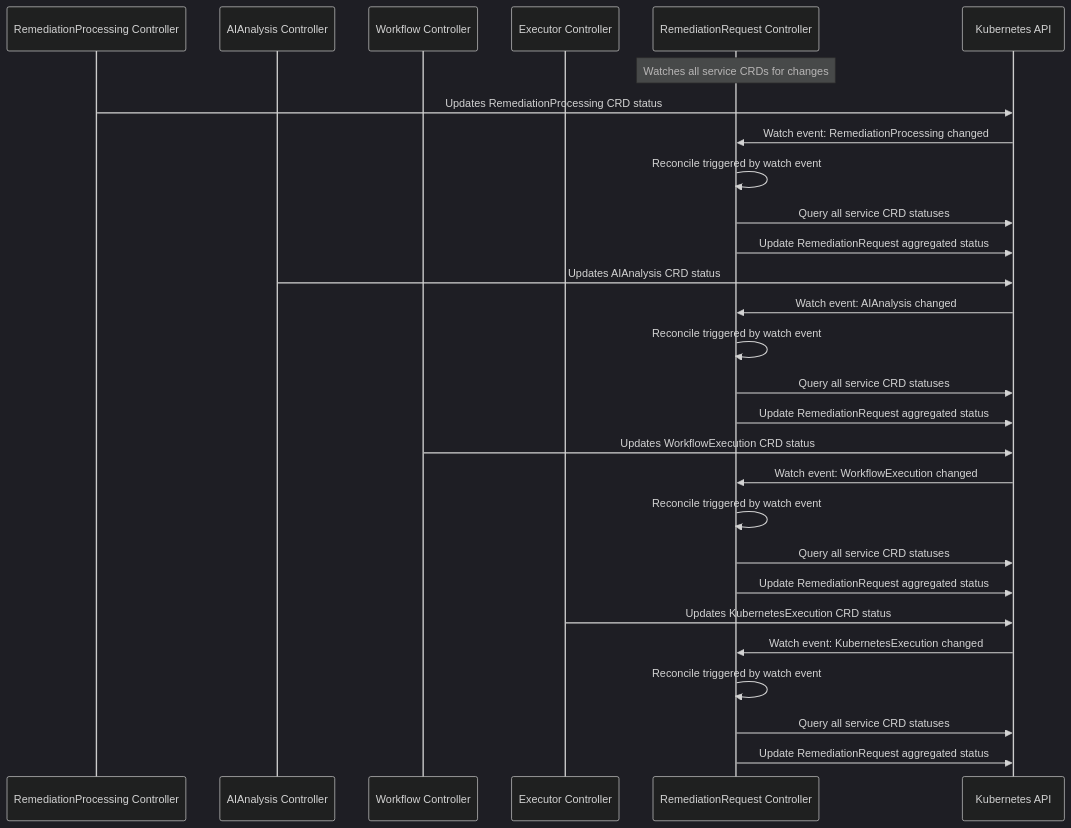
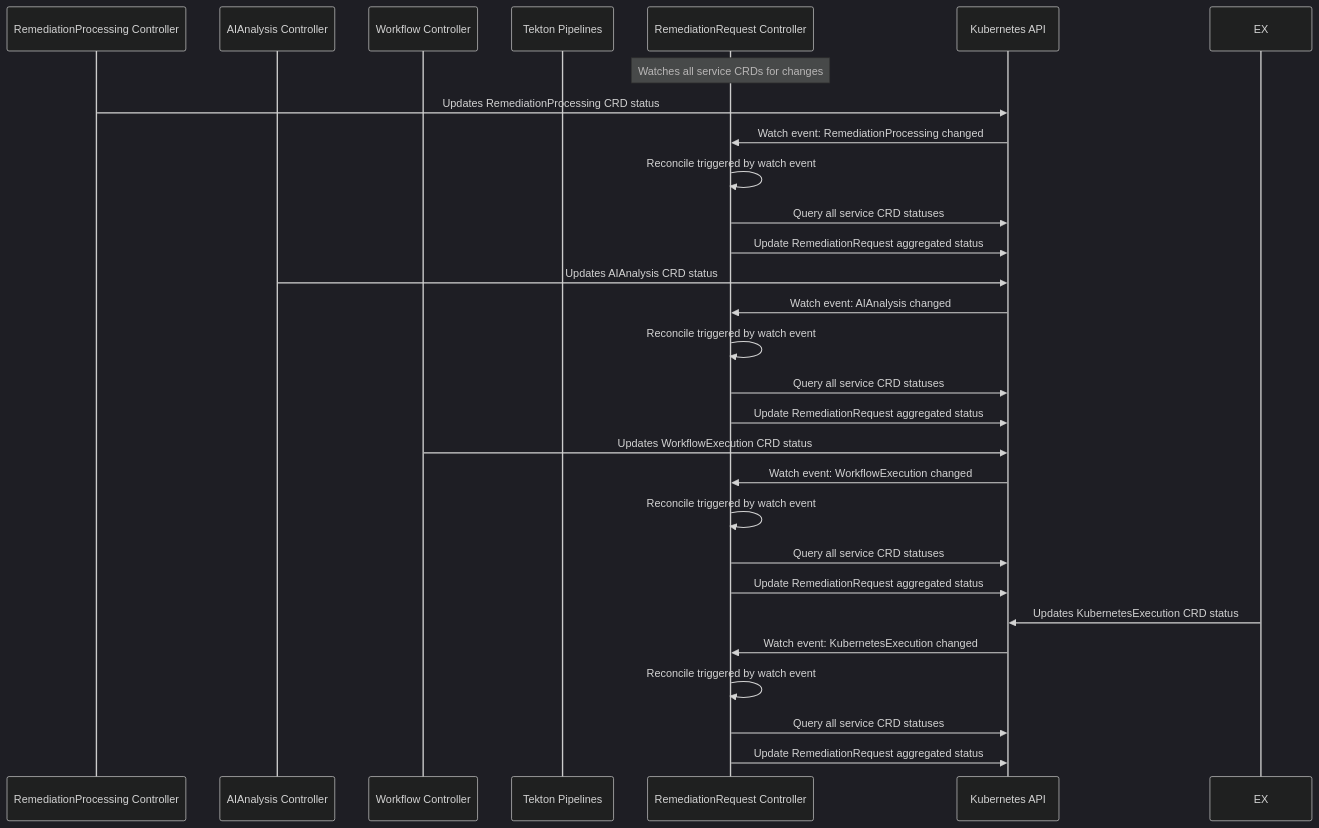
The second of 3 diagrams in docs/architecture/MULTI_CRD_RECONCILIATION_ARCHITECTURE.md (jordigilh/kubernaut), drawn with Mermaid (dark theme) before and after one commit. The commit also changed other lines of this file and 1 other file, not shown here.

Commit message:
docs: update MEDIUM priority architecture diagrams to use Tekton Pipelines
Phase 2 (MEDIUM Priority) - Supporting Architecture Documents:
- MULTI_CRD_RECONCILIATION_ARCHITECTURE.md: Updated 2 sequence diagrams
  - Watch Event Flow: Executor Controller → Tekton Pipelines
  - Cross-Service Communication Flow: Executor → Tekton Pipelines
- SERVICE_DEPENDENCY_MAP.md: Updated service dependency diagram
  - Kubernetes Executor → Tekton Pipelines

Rationale: Update supporting architecture docs to align with ADR-023 (Tekton from V1)

Ref: ARCHITECTURE_EXECUTOR_REFERENCES_TRIAGE.md (Phase 2)

````diff
--- a/docs/architecture/MULTI_CRD_RECONCILIATION_ARCHITECTURE.md
+++ b/docs/architecture/MULTI_CRD_RECONCILIATION_ARCHITECTURE.md
@@ -1048,35 +1048,35 @@
 ```mermaid
 sequenceDiagram
     participant AP as RemediationProcessing Controller
     participant AI as AIAnalysis Controller
     participant WF as Workflow Controller
-    participant EX as Executor Controller
+    participant TEK as Tekton Pipelines
     participant AR as RemediationRequest Controller
     participant K8S as Kubernetes API
 
     Note over AR: Watches all service CRDs for changes
 
     AP->>K8S: Updates RemediationProcessing CRD status
     K8S->>AR: Watch event: RemediationProcessing changed
     AR->>AR: Reconcile triggered by watch event
     AR->>K8S: Query all service CRD statuses
     AR->>K8S: Update RemediationRequest aggregated status
 
     AI->>K8S: Updates AIAnalysis CRD status
     K8S->>AR: Watch event: AIAnalysis changed
     AR->>AR: Reconcile triggered by watch event
     AR->>K8S: Query all service CRD statuses
     AR->>K8S: Update RemediationRequest aggregated status
 
     WF->>K8S: Updates WorkflowExecution CRD status
     K8S->>AR: Watch event: WorkflowExecution changed
     AR->>AR: Reconcile triggered by watch event
     AR->>K8S: Query all service CRD statuses
     AR->>K8S: Update RemediationRequest aggregated status
 
     EX->>K8S: Updates KubernetesExecution CRD status
     K8S->>AR: Watch event: KubernetesExecution changed
     AR->>AR: Reconcile triggered by watch event
     AR->>K8S: Query all service CRD statuses
     AR->>K8S: Update RemediationRequest aggregated status
 ```
````
